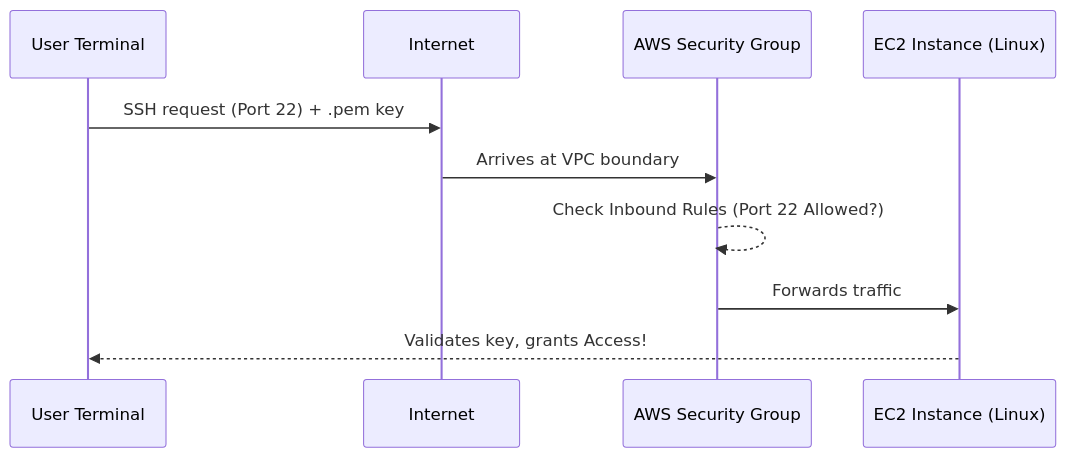
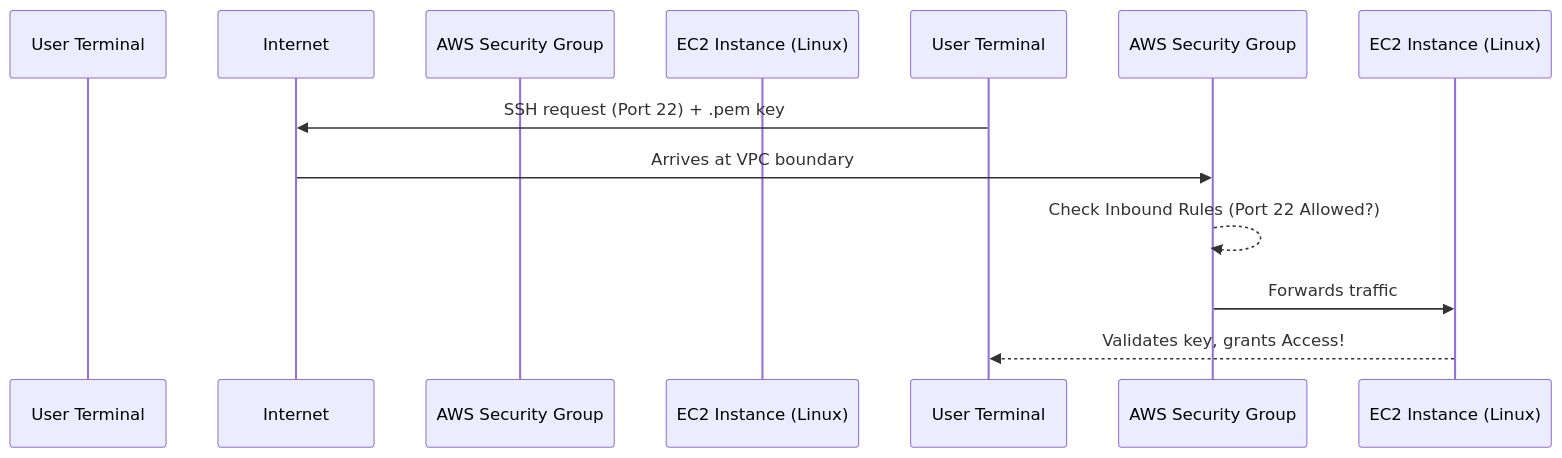
One commit to Rajesh-bandi/aws-resources changed the diagram in Chapter-03-Amazon-EC2/3.05-Launching-EC2/README.md. Above: the diagram before and after it, drawn with Mermaid. The commit also changed 36 other files, not shown here.

````diff
--- a/Chapter-03-Amazon-EC2/3.05-Launching-EC2/README.md
+++ b/Chapter-03-Amazon-EC2/3.05-Launching-EC2/README.md
@@ -80,13 +80,13 @@
 ```mermaid
 sequenceDiagram
-    participant User Terminal
-    participant Internet
-    participant AWS Security Group
-    participant EC2 Instance (Linux)
+    participant User_Terminal as User Terminal
+    participant Internet as Internet
+    participant AWS_Security_Group as AWS Security Group
+    participant EC2_Instance_Linux as EC2 Instance (Linux)
 
     User Terminal->>Internet: SSH request (Port 22) + .pem key
     Internet->>AWS Security Group: Arrives at VPC boundary
     AWS Security Group-->>AWS Security Group: Check Inbound Rules (Port 22 Allowed?)
     AWS Security Group->>EC2 Instance (Linux): Forwards traffic
     EC2 Instance (Linux)-->>User Terminal: Validates key, grants Access!
 ```
````
